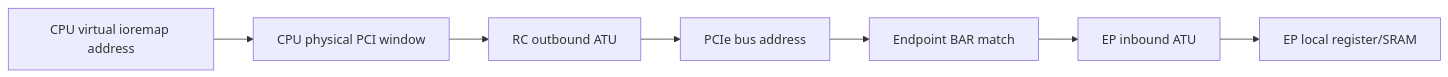
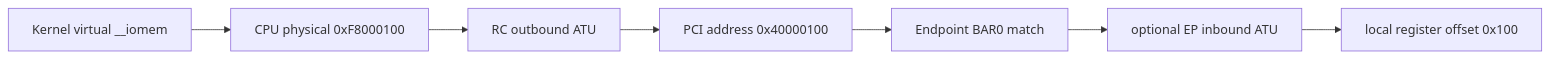
The fourth of 4 diagrams in docs/articles/pcie/pci-03-bar-resource-atu-mmio.md (cdragon-ljl/EEandEdgeAI), drawn with Mermaid before and after one commit. The commit also changed other lines of this file and 3 other files, not shown here.

````diff
--- a/docs/articles/pcie/pci-03-bar-resource-atu-mmio.md
+++ b/docs/articles/pcie/pci-03-bar-resource-atu-mmio.md
@@ -270,9 +186,9 @@
 ```mermaid
 flowchart LR
-    CPUVA[CPU virtual ioremap address] --> CPUPA[CPU physical PCI window]
-    CPUPA --> RCATU[RC outbound ATU]
-    RCATU --> PCIA[PCIe bus address]
-    PCIA --> BAR[Endpoint BAR match]
-    BAR --> EPATU[EP inbound ATU]
-    EPATU --> LOCAL[EP local register/SRAM]
+    VA[Kernel virtual __iomem] --> PA[CPU physical 0xF8000100]
+    PA --> RCATU[RC outbound ATU]
+    RCATU --> BUS[PCI address 0x40000100]
+    BUS --> BAR[Endpoint BAR0 match]
+    BAR --> EPATU[optional EP inbound ATU]
+    EPATU --> LOCAL[local register offset 0x100]
 ```
````
